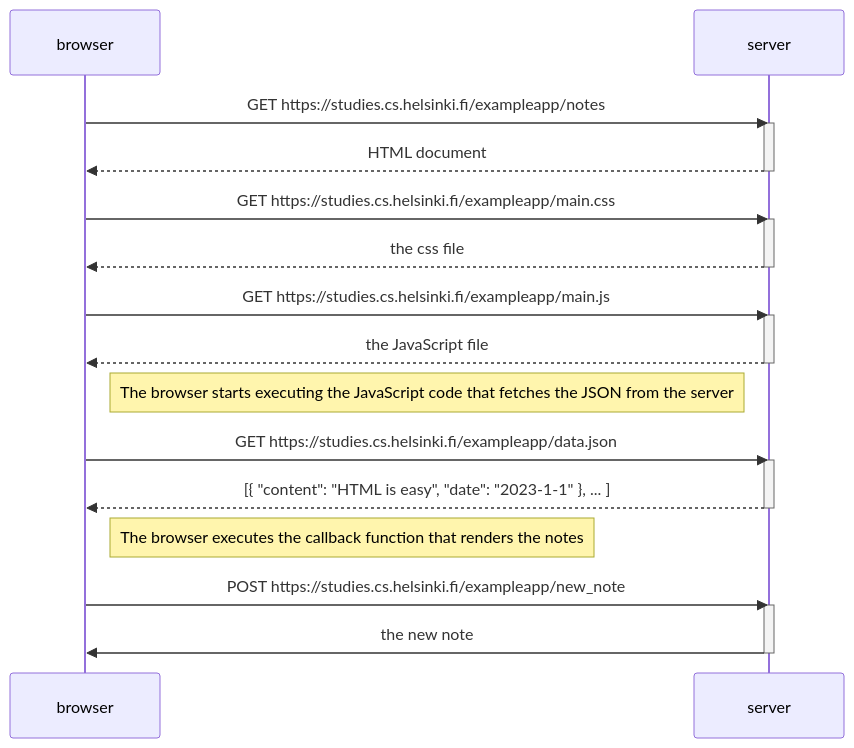
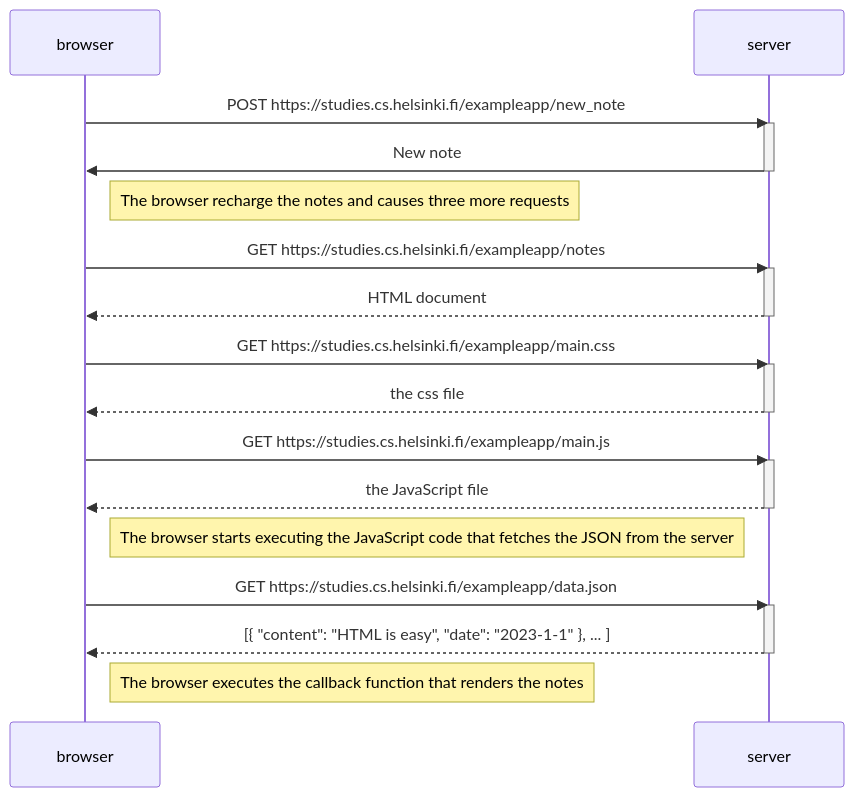
The diagram in part0/README.md (Droied4/fullstackopen), drawn with Mermaid before and after one commit.

````diff
--- a/part0/README.md
+++ b/part0/README.md
@@ -1,35 +1,37 @@
 ```mermaid
   sequenceDiagram
     participant browser
     participant server
+
+    browser->>server: POST https://studies.cs.helsinki.fi/exampleapp/new_note
+    activate server
+    server->>browser: New note
+    deactivate server
+
+    Note right of browser: The browser recharge the notes and causes three more requests
 
     browser->>server: GET https://studies.cs.helsinki.fi/exampleapp/notes
     activate server
     server-->>browser: HTML document
     deactivate server
 
     browser->>server: GET https://studies.cs.helsinki.fi/exampleapp/main.css
     activate server
     server-->>browser: the css file
     deactivate server
 
     browser->>server: GET https://studies.cs.helsinki.fi/exampleapp/main.js
     activate server
     server-->>browser: the JavaScript file
     deactivate server
 
     Note right of browser: The browser starts executing the JavaScript code that fetches the JSON from the server
 
     browser->>server: GET https://studies.cs.helsinki.fi/exampleapp/data.json
     activate server
     server-->>browser: [{ "content": "HTML is easy", "date": "2023-1-1" }, ... ]
     deactivate server
        
     Note right of browser: The browser executes the callback function that renders the notes
-    
-    browser->>server: POST https://studies.cs.helsinki.fi/exampleapp/new_note
-    activate server
-    server->>browser: the new note
-    deactivate server
 
 ```
````
